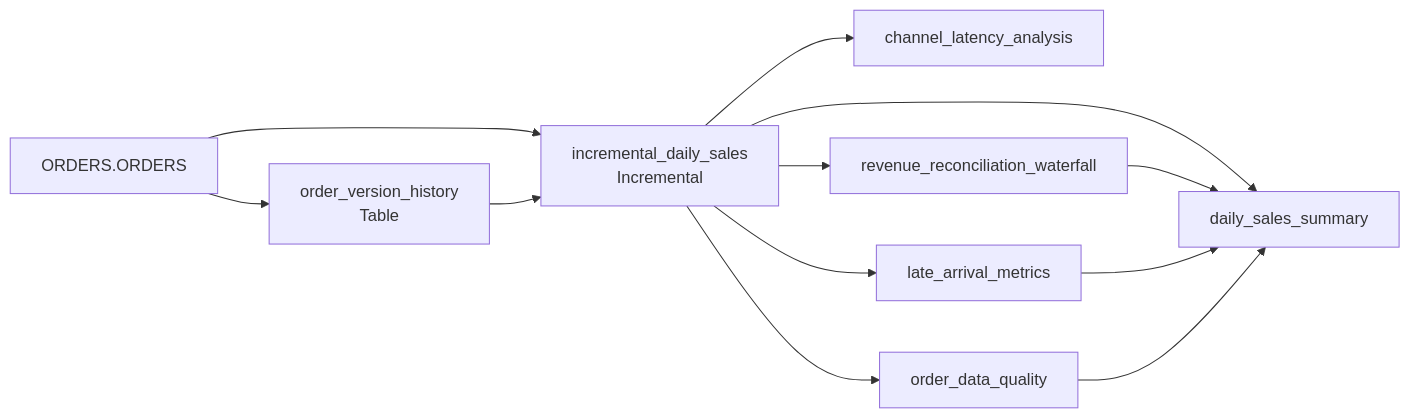
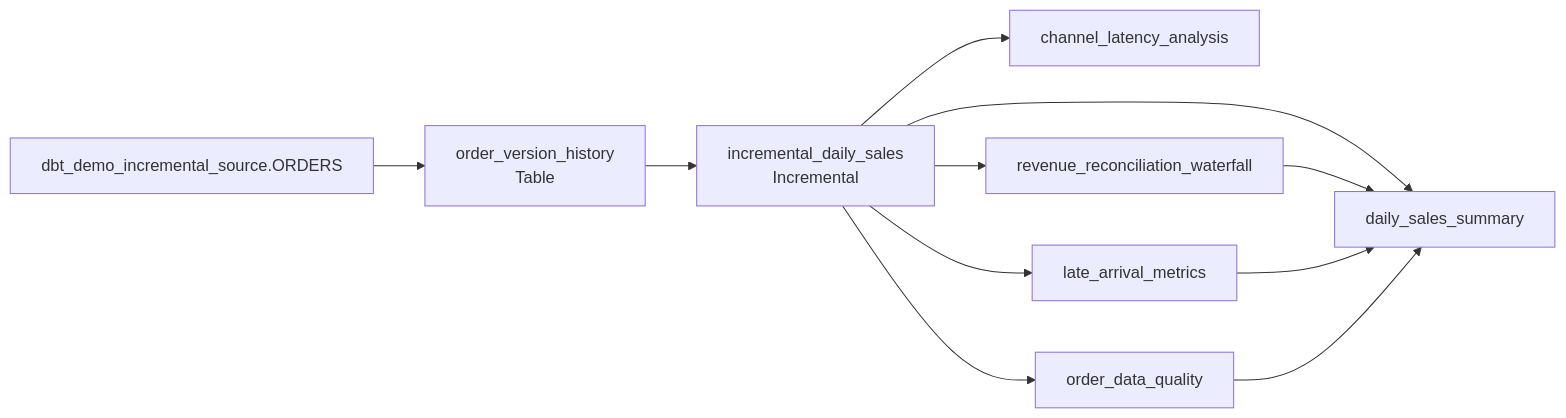
One commit to xylaaaaa/doris changed the fourth of 5 diagrams in extension/dbt-doris/docs/data-eng-bench-dbt-doris-demos.zh-CN.md. Above: the diagram before and after it, drawn with Mermaid. The commit also changed other lines of this file and 9 other files, not shown here.

First line of the commit message:
[doc](dbt) Document end-to-end Doris demo flows

```diff
--- a/extension/dbt-doris/docs/data-eng-bench-dbt-doris-demos.zh-CN.md
+++ b/extension/dbt-doris/docs/data-eng-bench-dbt-doris-demos.zh-CN.md
@@ -739,14 +779,13 @@
 ~~~mermaid
 flowchart LR
-    S[ORDERS.ORDERS] --> H[order_version_history<br/>Table]
-    S --> I[incremental_daily_sales<br/>Incremental]
-    H --> I
+    S[dbt_demo_incremental_source.ORDERS] --> H[order_version_history<br/>Table]
+    H --> I[incremental_daily_sales<br/>Incremental]
     I --> C[channel_latency_analysis]
     I --> R[revenue_reconciliation_waterfall]
     I --> L[late_arrival_metrics]
     I --> Q[order_data_quality]
     I --> D[daily_sales_summary]
     R --> D
     L --> D
     Q --> D
 ~~~
```
